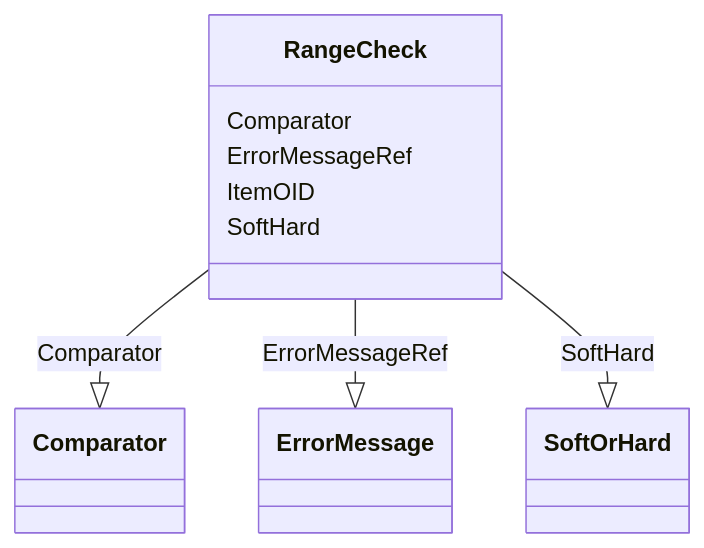
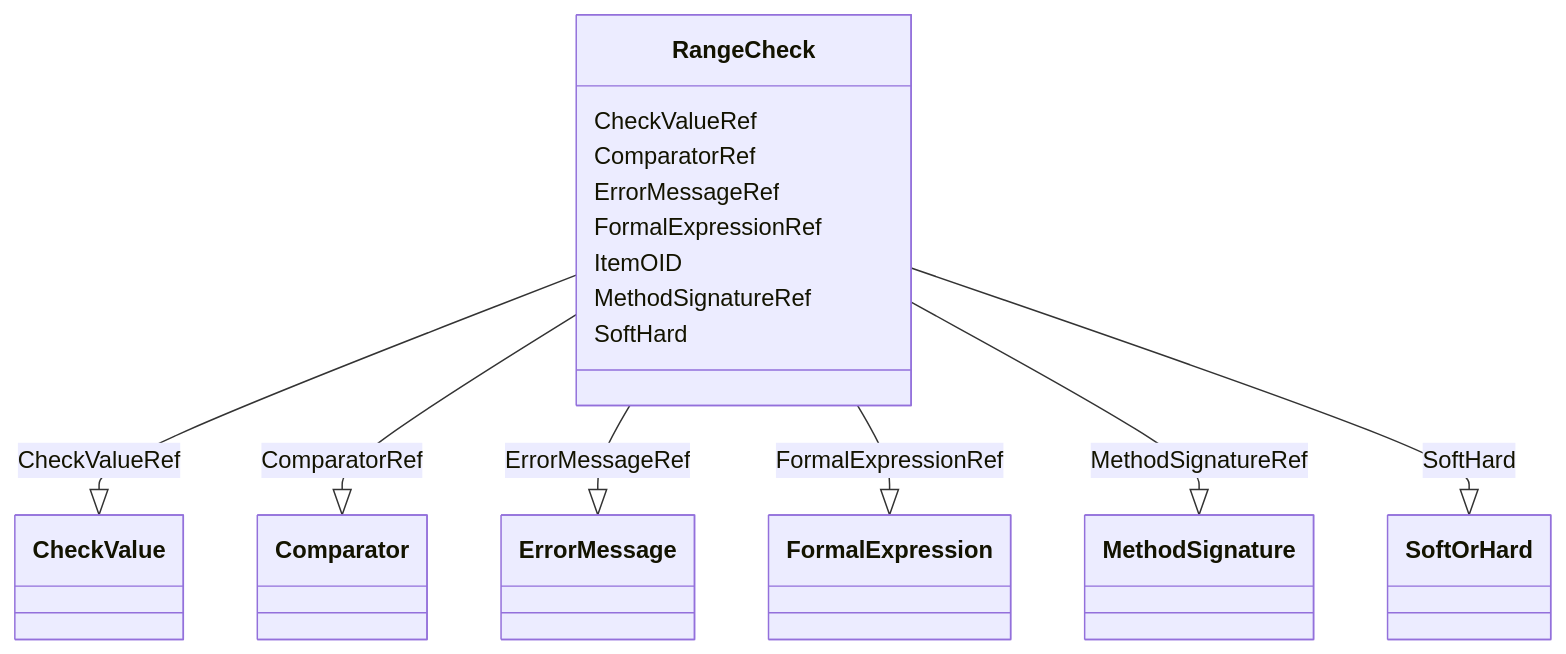
The diagram in docs/RangeCheck.md (cdisc-org/DataExchange-ODM-LinkML), drawn with Mermaid before and after one commit. The commit also changed other lines of this file and 398 other files, not shown here.

Commit message:
refreshing for latest updates to schema

````diff
--- a/docs/RangeCheck.md
+++ b/docs/RangeCheck.md
@@ -9,19 +9,31 @@
 ```mermaid
  classDiagram
     class RangeCheck
-      RangeCheck : Comparator
+      RangeCheck : CheckValueRef
         
-          RangeCheck --|> Comparator : Comparator
+          RangeCheck --|> CheckValue : CheckValueRef
+        
+      RangeCheck : ComparatorRef
+        
+          RangeCheck --|> Comparator : ComparatorRef
         
       RangeCheck : ErrorMessageRef
         
           RangeCheck --|> ErrorMessage : ErrorMessageRef
         
+      RangeCheck : FormalExpressionRef
+        
+          RangeCheck --|> FormalExpression : FormalExpressionRef
+        
       RangeCheck : ItemOID
+        
+      RangeCheck : MethodSignatureRef
+        
+          RangeCheck --|> MethodSignature : MethodSignatureRef
         
       RangeCheck : SoftHard
         
           RangeCheck --|> SoftOrHard : SoftHard
         
       
 ```
````
